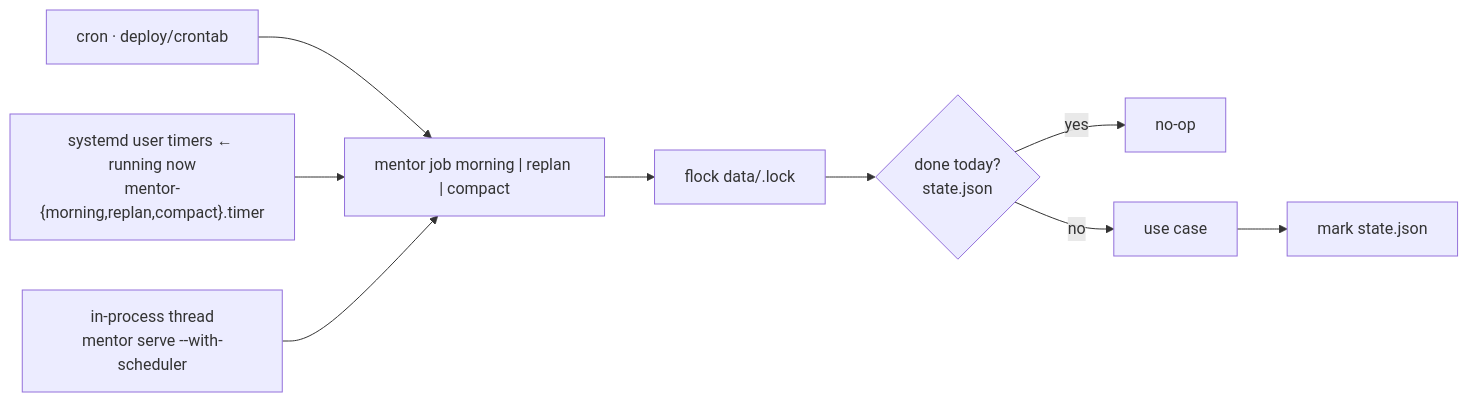
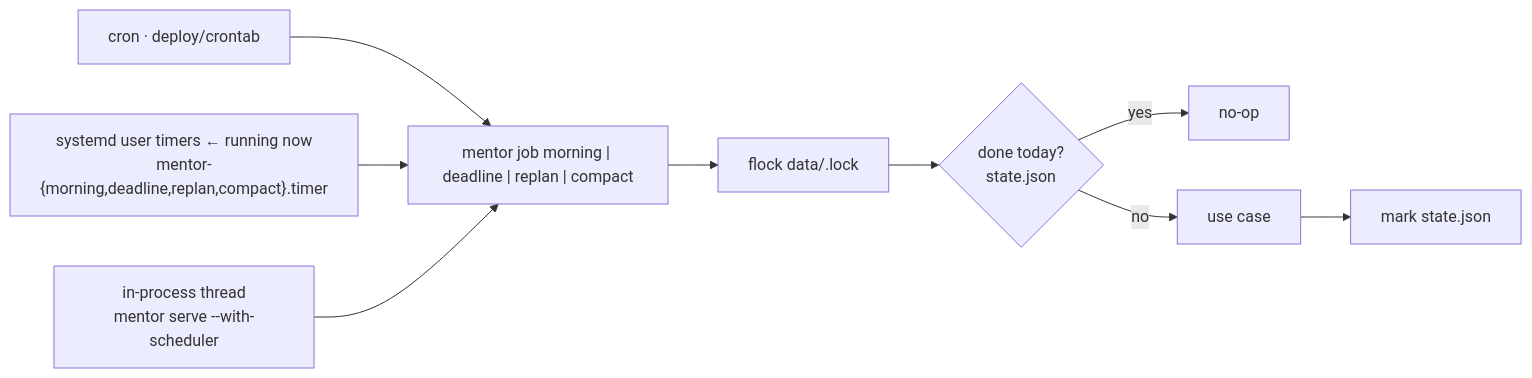
The tenth of 17 diagrams in docs/ARCHITECTURE.md (vovka/mentor-bot), drawn with Mermaid before and after one commit. The commit also changed other lines of this file and 22 other files, not shown here.

First line of the commit message:
Morning check-in: buttons, deadline job, reconcile

````diff
--- a/docs/ARCHITECTURE.md
+++ b/docs/ARCHITECTURE.md
@@ -180,10 +180,10 @@
 ```mermaid
 flowchart LR
   CR[cron · deploy/crontab] --> J
-  SD["systemd user timers ← running now<br/>mentor-{morning,replan,compact}.timer"] --> J
+  SD["systemd user timers ← running now<br/>mentor-{morning,deadline,replan,compact}.timer"] --> J
   IP["in-process thread<br/>mentor serve --with-scheduler"] --> J
-  J["mentor job morning | replan | compact"] --> L[flock data/.lock]
+  J["mentor job morning | deadline | replan | compact"] --> L[flock data/.lock]
   L --> ID{done today?<br/>state.json}
   ID -- yes --> NO[no-op]
   ID -- no --> RUN[use case] --> MARK[mark state.json]
 ```
````
